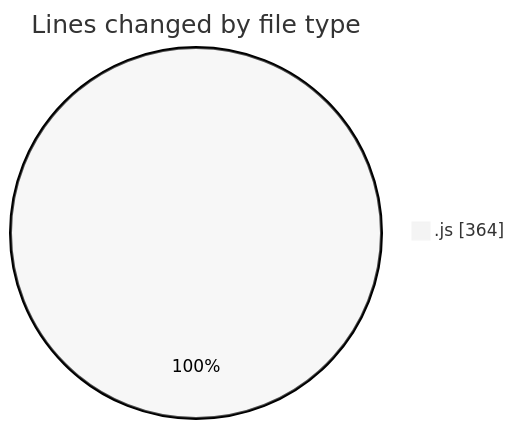
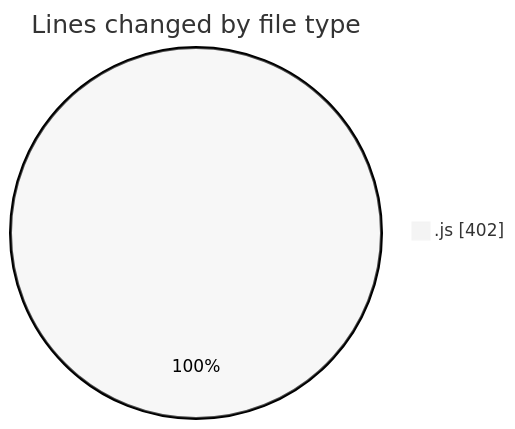
One commit to nxtqubesakshisongat/code-tracking changed the first of 2 diagrams in 2025-05-08/argos-dev/README.md. Above: the diagram before and after it, drawn with Mermaid (neutral theme). The commit also changed other lines of this file and 1 other file, not shown here.

````diff
--- a/2025-05-08/argos-dev/README.md
+++ b/2025-05-08/argos-dev/README.md
@@ -21,5 +21,5 @@
 ```mermaid
 pie showData
 title Lines changed by file type
-".js" : 364
+".js" : 402
 ```
````
